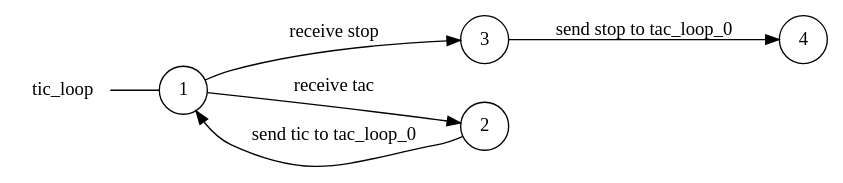
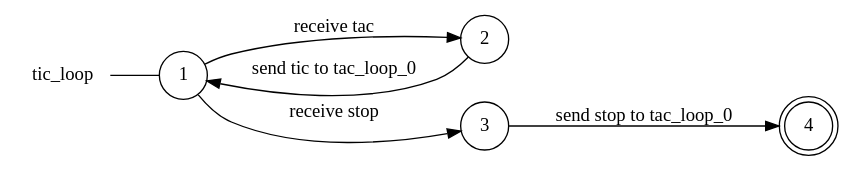
The diagram in examples/ticktack/tic_loop_local_view.dot (gabrielegenovese/chorer), drawn with Graphviz before and after one commit. The commit also changed 36 other files, not shown here.

```diff
--- a/examples/ticktack/tic_loop_local_view.dot
+++ b/examples/ticktack/tic_loop_local_view.dot
@@ -1,14 +1,14 @@
 digraph tic_loop {
 	rankdir="LR";
 	n_0 [label="tic_loop", shape="plaintext"];
-	n_1 [id="5", shape=circle, label="3"];
-	n_2 [id="1", shape=circle, label="1"];
-	n_0 -> n_2 [arrowhead=none];
-	n_3 [id="2", shape=circle, label="2"];
-	n_4 [id="3", shape=circle, label="4"];
+	n_1 [id="1", shape=circle, label="1"];
+	n_0 -> n_1 [arrowhead=none];
+	n_2 [id="2", shape=circle, label="2"];
+	n_3 [id="4", shape=circle, label="3"];
+	n_4 [id="3", shape=doublecircle, label="4"];
 
-	n_2 -> n_3 [id="[$e|0]", label="receive tac"];
-	n_3 -> n_2 [id="[$e|6]", label="send tic to tac_loop_0"];
-	n_1 -> n_4 [id="[$e|3]", label="send stop to tac_loop_0"];
-	n_2 -> n_1 [id="[$e|2]", label="receive stop"];
+	n_1 -> n_2 [id="[$e|1]", label="receive tac"];
+	n_2 -> n_1 [id="[$e|6]", label="send tic to tac_loop_0"];
+	n_3 -> n_4 [id="[$e|3]", label="send stop to tac_loop_0"];
+	n_1 -> n_3 [id="[$e|4]", label="receive stop"];
 }
```
